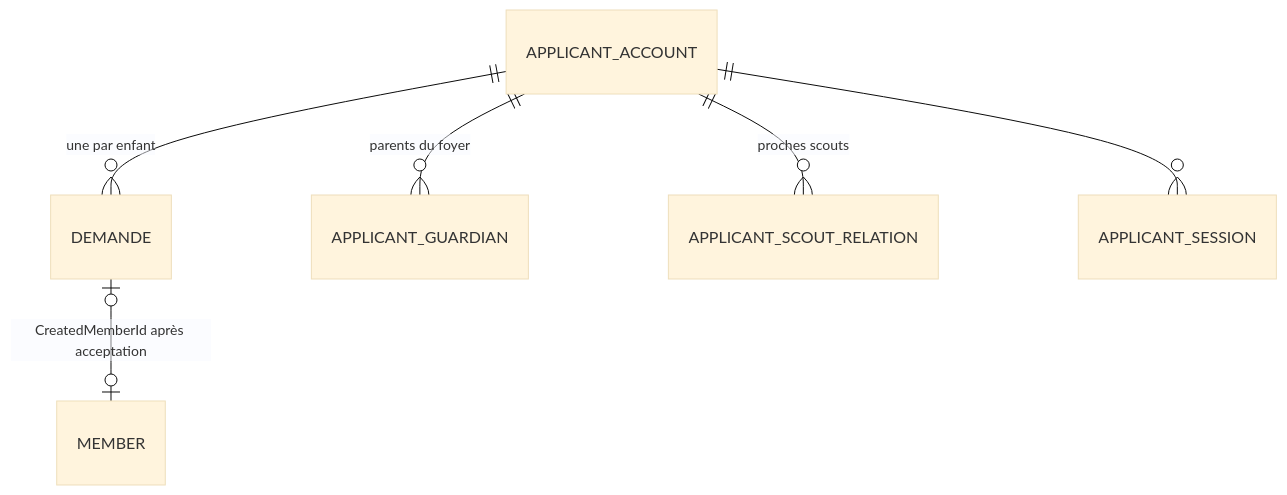
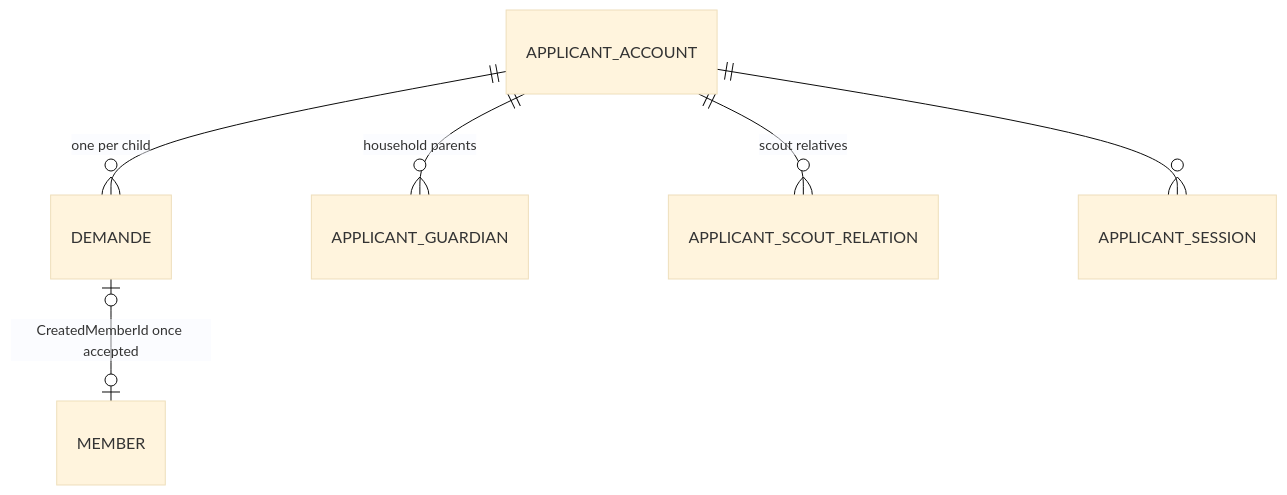
Before and after one commit to samerc/GNDJ_Gestion_Groupe: the fourth of 4 diagrams in docs/help/documentation-technique.md, drawn with Mermaid (base theme). The commit also changed other lines of this file and 2 other files, not shown here.

````diff
--- a/docs/help/documentation-technique.md
+++ b/docs/help/documentation-technique.md
@@ -108,8 +107,8 @@
 ```mermaid
 erDiagram
-    APPLICANT_ACCOUNT ||--o{ DEMANDE : "une par enfant"
-    APPLICANT_ACCOUNT ||--o{ APPLICANT_GUARDIAN : "parents du foyer"
-    APPLICANT_ACCOUNT ||--o{ APPLICANT_SCOUT_RELATION : "proches scouts"
+    APPLICANT_ACCOUNT ||--o{ DEMANDE : "one per child"
+    APPLICANT_ACCOUNT ||--o{ APPLICANT_GUARDIAN : "household parents"
+    APPLICANT_ACCOUNT ||--o{ APPLICANT_SCOUT_RELATION : "scout relatives"
     APPLICANT_ACCOUNT ||--o{ APPLICANT_SESSION : ""
-    DEMANDE |o--o| MEMBER : "CreatedMemberId après acceptation"
+    DEMANDE |o--o| MEMBER : "CreatedMemberId once accepted"
 ```
````
